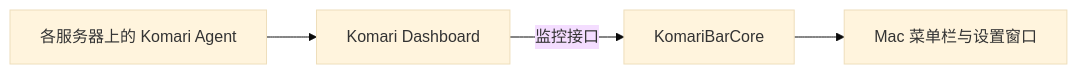
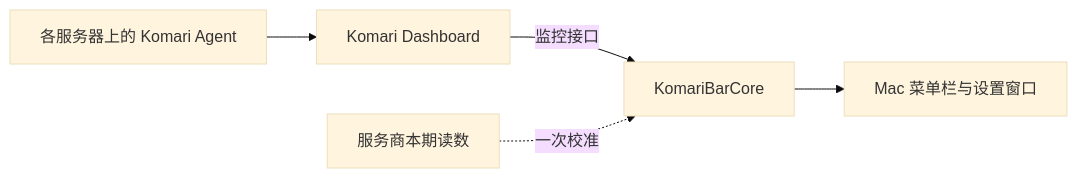
One commit to 1gxv1/KomariBar changed the diagram in docs/ARCHITECTURE.md. Above: the diagram before and after it, drawn with Mermaid (base theme). The commit also changed other lines of this file and 10 other files, not shown here.

````diff
--- a/docs/ARCHITECTURE.md
+++ b/docs/ARCHITECTURE.md
@@ -5,6 +5,7 @@
 ```mermaid
 flowchart LR
     Agent[各服务器上的 Komari Agent] --> Dashboard[Komari Dashboard]
     Dashboard -->|监控接口| Core[KomariBarCore]
+    Reading[服务商本期读数] -.->|一次校准| Core
     Core --> App[Mac 菜单栏与设置窗口]
 ```
````
